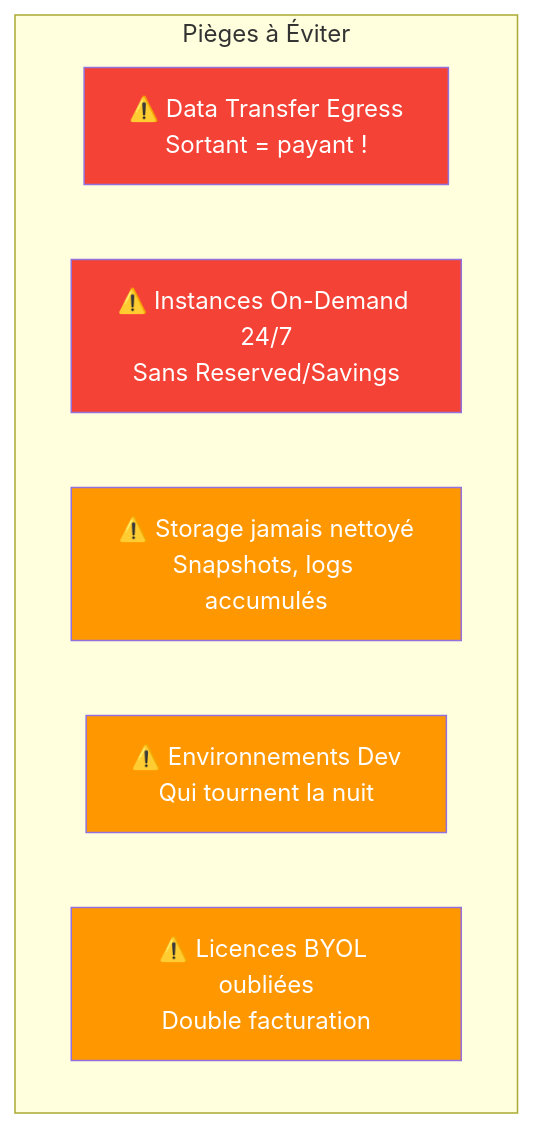
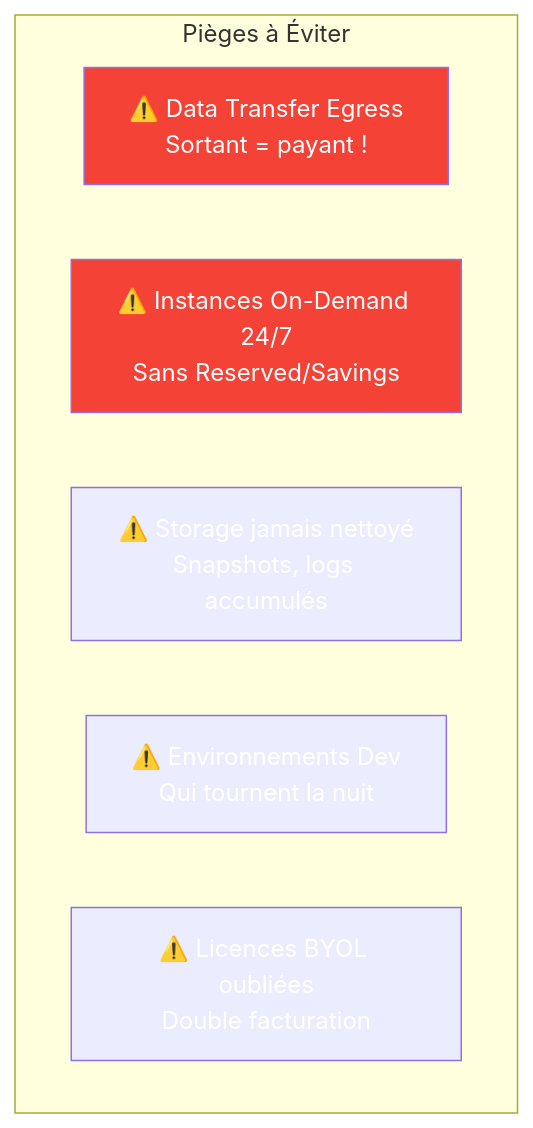
Before and after one commit to VBlackJack/ShellBook: the seventh of 15 diagrams in docs/formations/cloud-fundamentals/11-module.md, drawn with Mermaid. The commit also changed other lines of this file and 337 other files, not shown here.

First line of the commit message:
refactor(docs): Standardize code blocks and Mermaid colors

````diff
--- a/docs/formations/cloud-fundamentals/11-module.md
+++ b/docs/formations/cloud-fundamentals/11-module.md
@@ -224,16 +224,16 @@
 ```mermaid
 graph TB
     subgraph "Pièges à Éviter"
         TRAP1["⚠️ Data Transfer Egress<br/>Sortant = payant !"]
         TRAP2["⚠️ Instances On-Demand 24/7<br/>Sans Reserved/Savings"]
         TRAP3["⚠️ Storage jamais nettoyé<br/>Snapshots, logs accumulés"]
         TRAP4["⚠️ Environnements Dev<br/>Qui tournent la nuit"]
         TRAP5["⚠️ Licences BYOL oubliées<br/>Double facturation"]
     end
 
     style TRAP1 fill:#f44336,color:#fff
     style TRAP2 fill:#f44336,color:#fff
-    style TRAP3 fill:#ff9800,color:#fff
-    style TRAP4 fill:#ff9800,color:#fff
-    style TRAP5 fill:#ff9800,color:#fff
+    style TRAP3 fill:#FF9800800800,color:#fff
+    style TRAP4 fill:#FF9800800800,color:#fff
+    style TRAP5 fill:#FF9800800800,color:#fff
 ```
````
